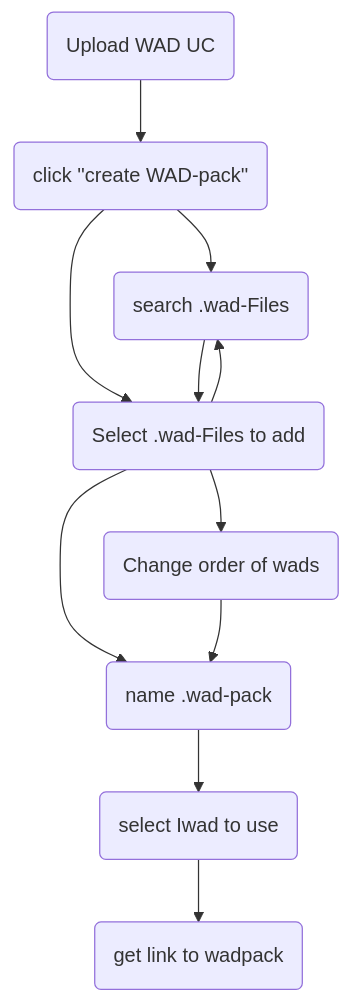
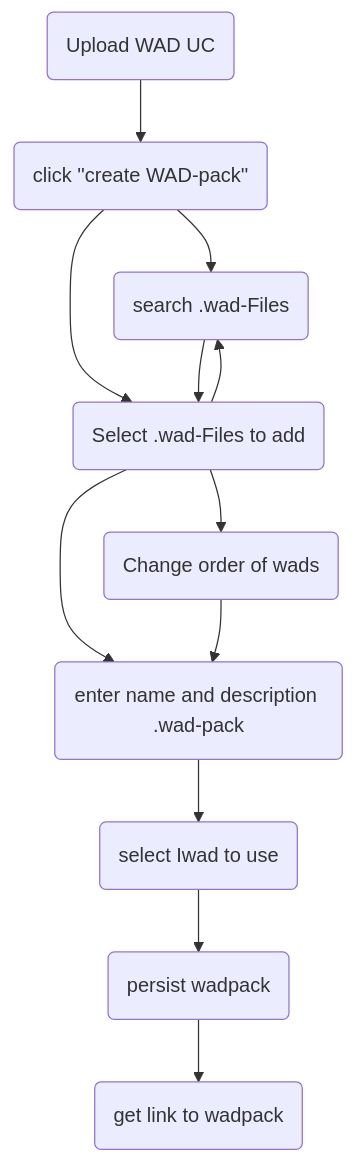
One commit to Lukas-Hoernle/WAD-Loader-3 changed the third of 6 diagrams in documentation/usecases.md. Above: the diagram before and after it, drawn with Mermaid. The commit also changed other lines of this file, not shown here.

````diff
--- a/documentation/usecases.md
+++ b/documentation/usecases.md
@@ -45,13 +45,14 @@
 ```mermaid
 graph
 A(Upload WAD UC) --> B(click ''create WAD-pack'')
     B --> Z(search .wad-Files)
     B --> C(Select .wad-Files to add)
     C --> Z
     Z --> C
     C --> X(Change order of wads) 
-    C --> D(name .wad-pack) 
+    C --> D(enter name and description .wad-pack) 
     X --> D
-    D --> Y(select Iwad to use)
+    D --> P(select Iwad to use)
+    P --> Y(persist wadpack)
     Y --> E(get link to wadpack)
 ```
````
